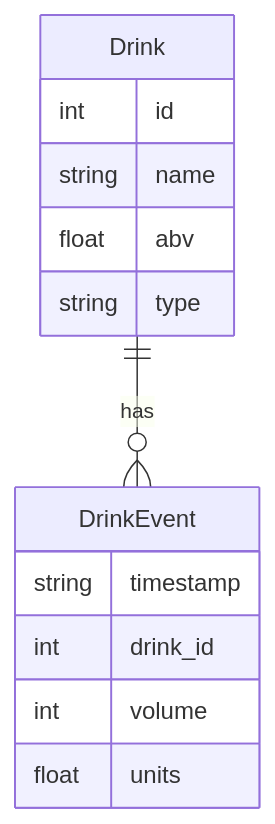
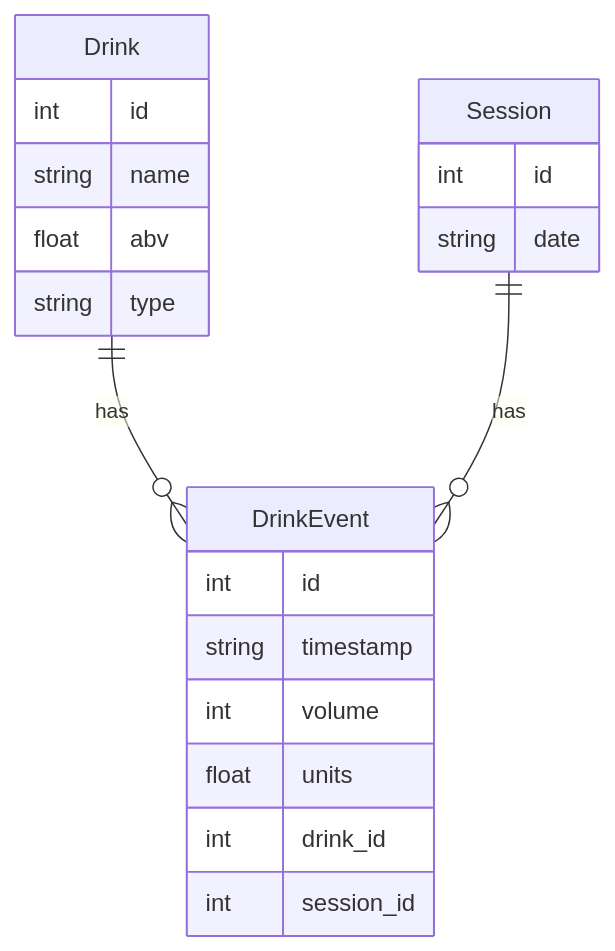
Before and after one commit to benbur98/drunked: the diagram in README.md, drawn with Mermaid. The commit also changed 13 other files, not shown here.

````diff
--- a/README.md
+++ b/README.md
@@ -11,16 +11,23 @@
 ```mermaid
 erDiagram
     Drink ||--o{ DrinkEvent: "has"
+    Session ||--o{ DrinkEvent: "has"
     Drink {
         int id
         string name
         float abv
         string type
     }
     DrinkEvent {
+        int id
         string timestamp
-        int drink_id
         int volume
         float units
+        int drink_id
+        int session_id
+    }
+    Session {
+        int id
+        string date
     }
 ```
````
